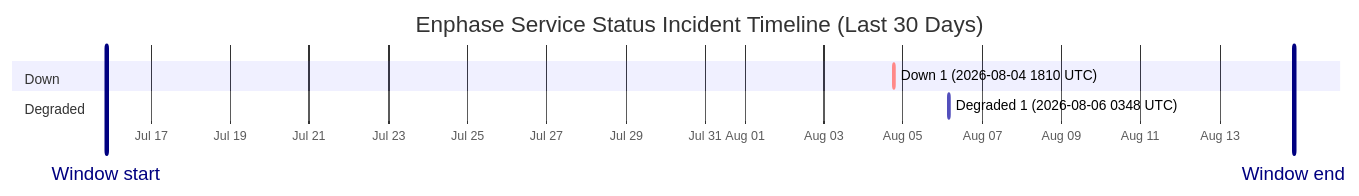
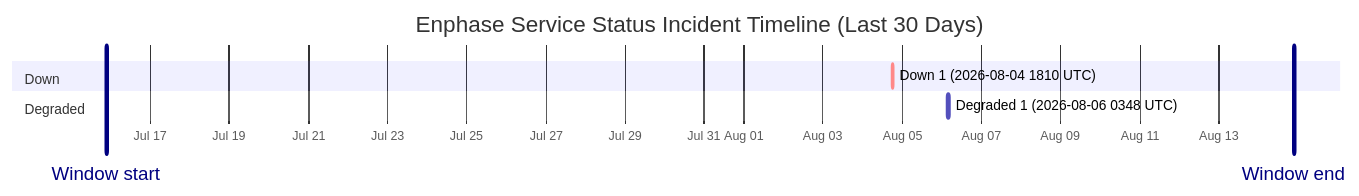
One commit to barneyonline/ha-enphase-energy changed the diagram in wiki/Service-Status-History.md. Above: the diagram before and after it, drawn with Mermaid. The commit also changed other lines of this file and 3 other files, not shown here.

````diff
--- a/wiki/Service-Status-History.md
+++ b/wiki/Service-Status-History.md
@@ -14,12 +14,12 @@
 ```mermaid
 gantt
     title Enphase Service Status Incident Timeline (Last 30 Days)
     dateFormat  YYYY-MM-DDTHH:mm:ss
     axisFormat  %b %d
-    Window start :vert, window-start, 2026-07-15T20:57:41, 0ms
-    Window end :vert, window-end, 2026-08-14T20:57:41, 0ms
+    Window start :vert, window-start, 2026-07-15T21:29:21, 0ms
+    Window end :vert, window-end, 2026-08-14T21:29:21, 0ms
     section Down
     Down 1 (2026-08-04 1810 UTC) :crit, down-1, 2026-08-04T18:10:46, 60m
     section Degraded
     Degraded 1 (2026-08-06 0348 UTC) :active, degraded-1, 2026-08-06T03:48:14, 60m
 ```
````
